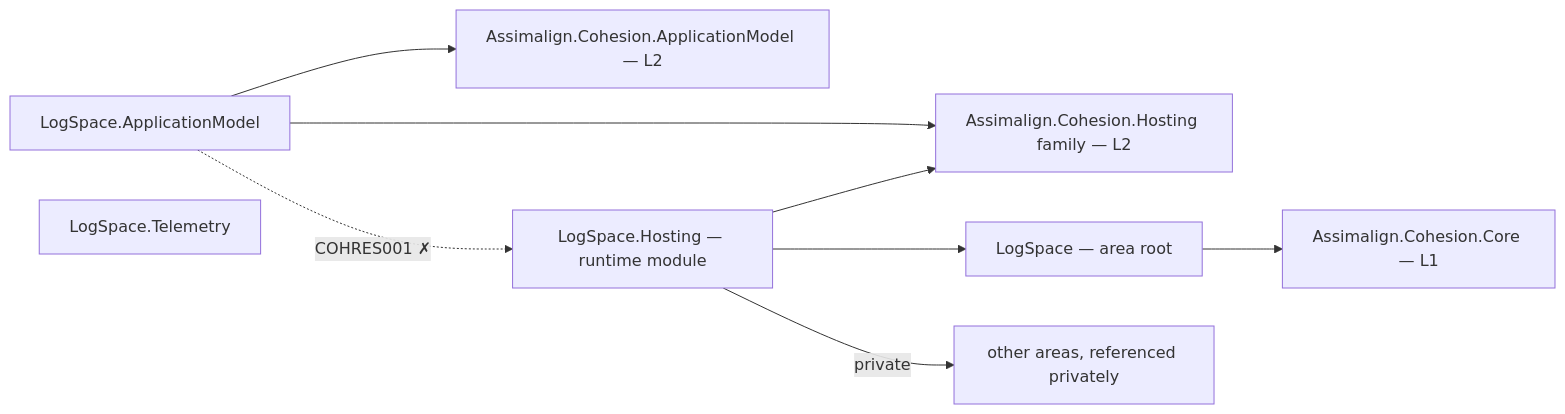
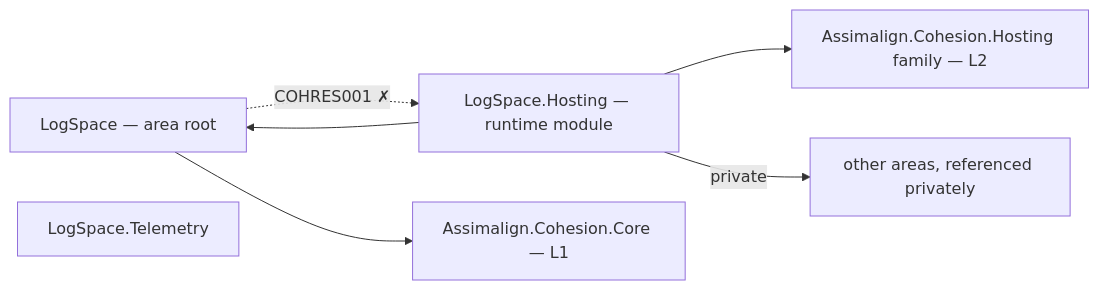
Before and after one commit to assimalign/cohesion: the diagram in resources/LogSpace/README.md, drawn with Mermaid. The commit also changed other lines of this file and 441 other files, not shown here.

````diff
--- a/resources/LogSpace/README.md
+++ b/resources/LogSpace/README.md
@@ -12,18 +12,14 @@
 ```mermaid
 flowchart LR
     P0["LogSpace — area root"]
-    P1["LogSpace.ApplicationModel"]
     P2["LogSpace.Hosting — runtime module"]
     P3["LogSpace.Telemetry"]
     CORE["Assimalign.Cohesion.Core — L1"]
     HOSTFAM["Assimalign.Cohesion.Hosting family — L2"]
-    APPMODEL["Assimalign.Cohesion.ApplicationModel — L2"]
     PRIV["other areas, referenced privately"]
     P0 --> CORE
-    P1 --> APPMODEL
-    P1 --> HOSTFAM
     P2 --> HOSTFAM
     P2 --> P0
     P2 -->|"private"| PRIV
-    P1 -.->|"COHRES001 ✗"| P2
+    P0 -.->|"COHRES001 ✗"| P2
 ```
````
